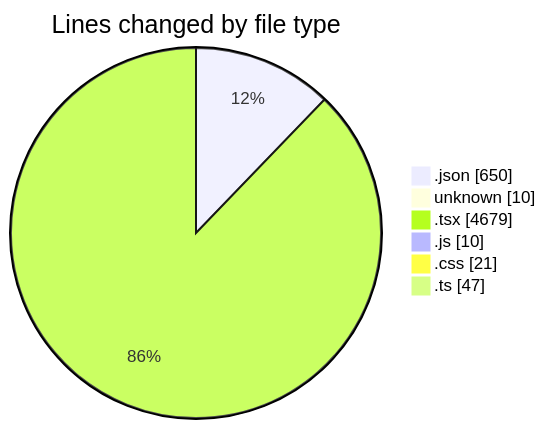
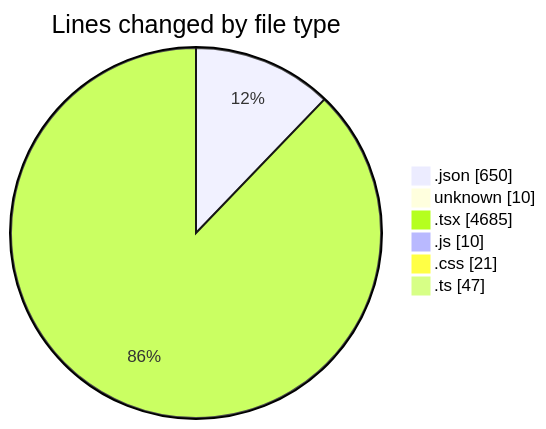
The first of 2 diagrams in 2025-05-02/niten/README.md (Elitesun/code-tracking), drawn with Mermaid before and after one commit. The commit also changed other lines of this file and 1 other file, not shown here.

````diff
--- a/2025-05-02/niten/README.md
+++ b/2025-05-02/niten/README.md
@@ -63,10 +63,10 @@
 ```mermaid
 pie showData
 title Lines changed by file type
 ".json" : 650
 "unknown" : 10
-".tsx" : 4679
+".tsx" : 4685
 ".js" : 10
 ".css" : 21
 ".ts" : 47
 ```
````
